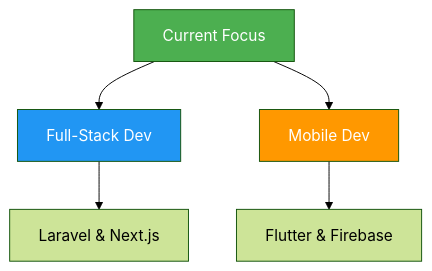
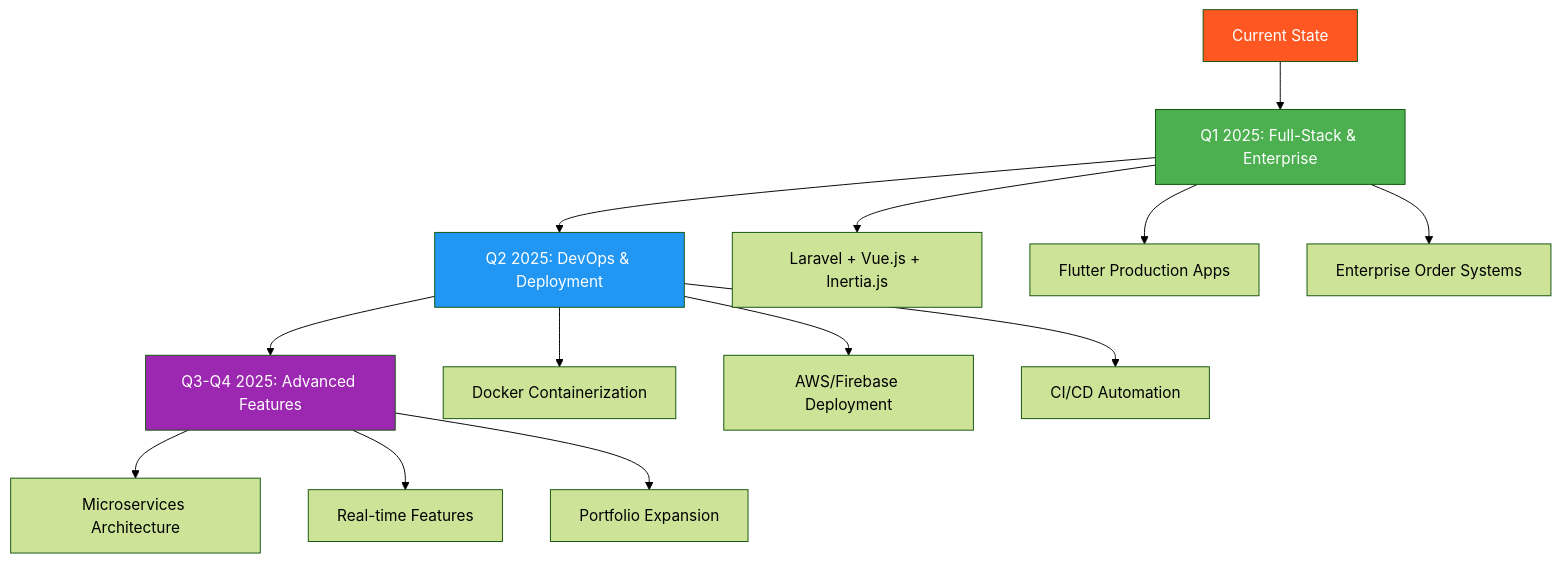
One commit to Namidu99/Namidu99 changed the diagram in README.md. Above: the diagram before and after it, drawn with Mermaid (forest theme). The commit also changed other lines of this file, not shown here.

````diff
--- a/README.md
+++ b/README.md
@@ -201,11 +246,23 @@
 ```mermaid
 graph TD
-    A[Current Focus] --> B[Full-Stack Dev]
-    A --> C[Mobile Dev]
-    B --> E[Laravel & Next.js]
-    C --> F[Flutter & Firebase]
-    style A fill:#4CAF50,color:#fff
-    style B fill:#2196F3,color:#fff
-    style C fill:#FF9800,color:#fff
+    A[Current State] --> B[Q1 2025: Full-Stack & Enterprise]
+    B --> C[Q2 2025: DevOps & Deployment]
+    C --> D[Q3-Q4 2025: Advanced Features]
 
+    B --> B1[Laravel + Vue.js + Inertia.js]
+    B --> B2[Flutter Production Apps]
+    B --> B3[Enterprise Order Systems]
+
+    C --> C1[Docker Containerization]
+    C --> C2[AWS/Firebase Deployment]
+    C --> C3[CI/CD Automation]
+
+    D --> D1[Microservices Architecture]
+    D --> D2[Real-time Features]
+    D --> D3[Portfolio Expansion]
+
+    style A fill:#FF5722,color:#fff
+    style B fill:#4CAF50,color:#fff
+    style C fill:#2196F3,color:#fff
+    style D fill:#9C27B0,color:#fff
 ```
````
